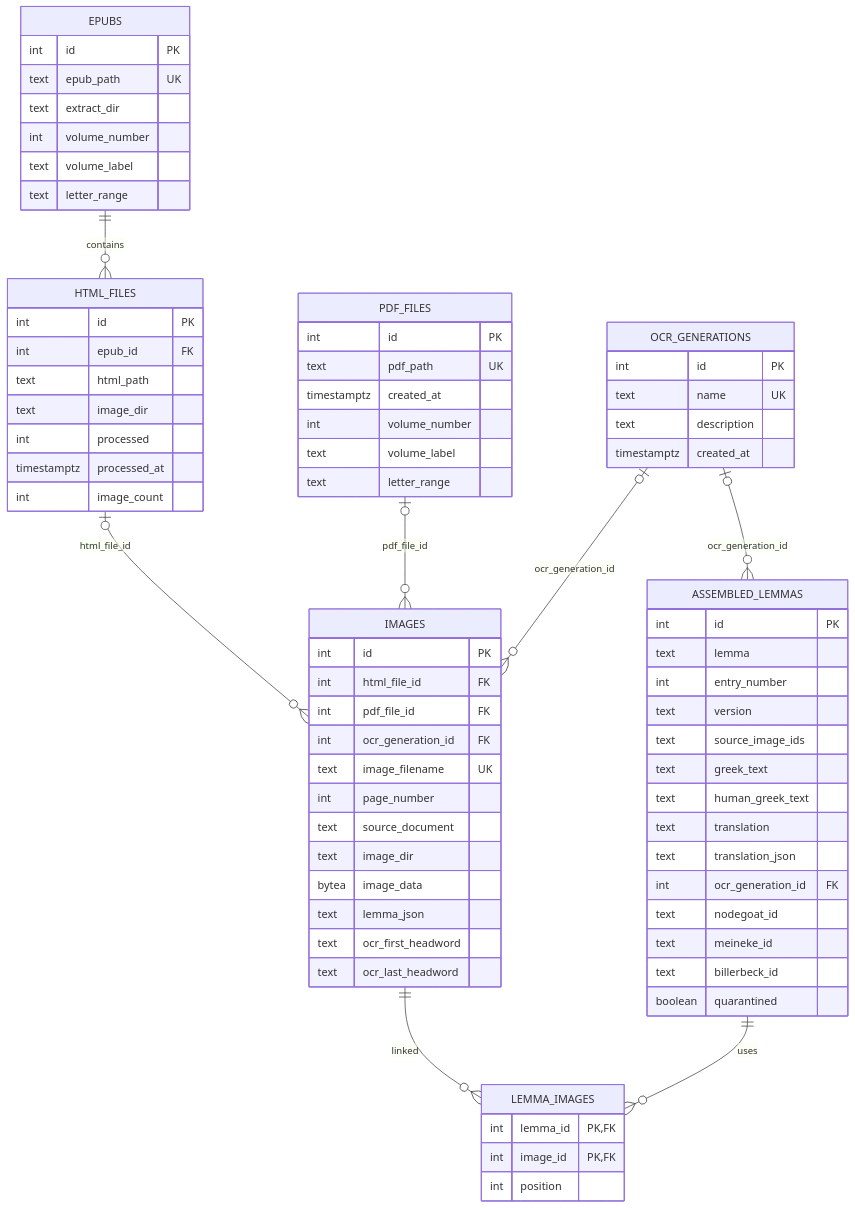
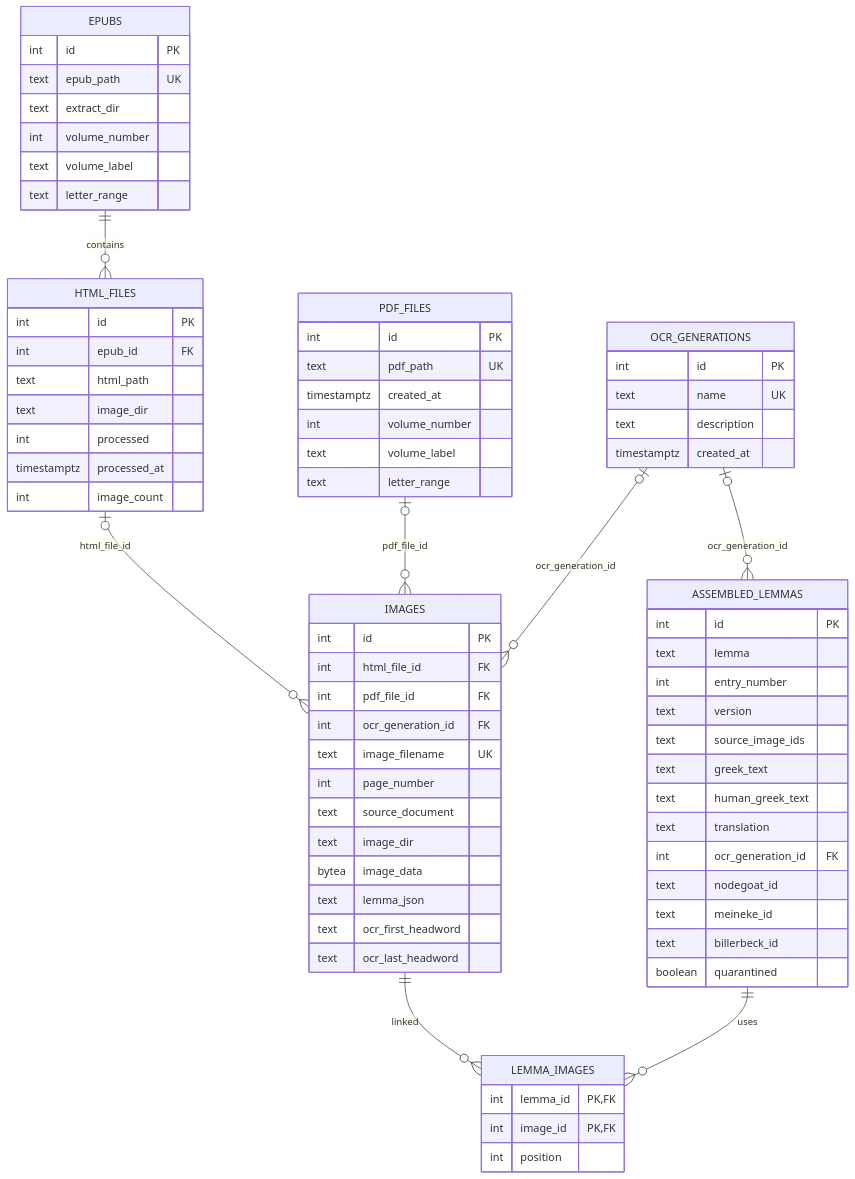
One commit to solresol/stephanos changed the first of 7 diagrams in DATABASE_ERD.md. Above: the diagram before and after it, drawn with Mermaid. The commit also changed other lines of this file and 16 other files, not shown here.

Commit message:
Update ERD notes for legacy columns

```diff
--- a/DATABASE_ERD.md
+++ b/DATABASE_ERD.md
@@ -83,7 +83,6 @@
         text greek_text
         text human_greek_text
         text translation
-        text translation_json
         int ocr_generation_id FK
         text nodegoat_id
         text meineke_id
```
